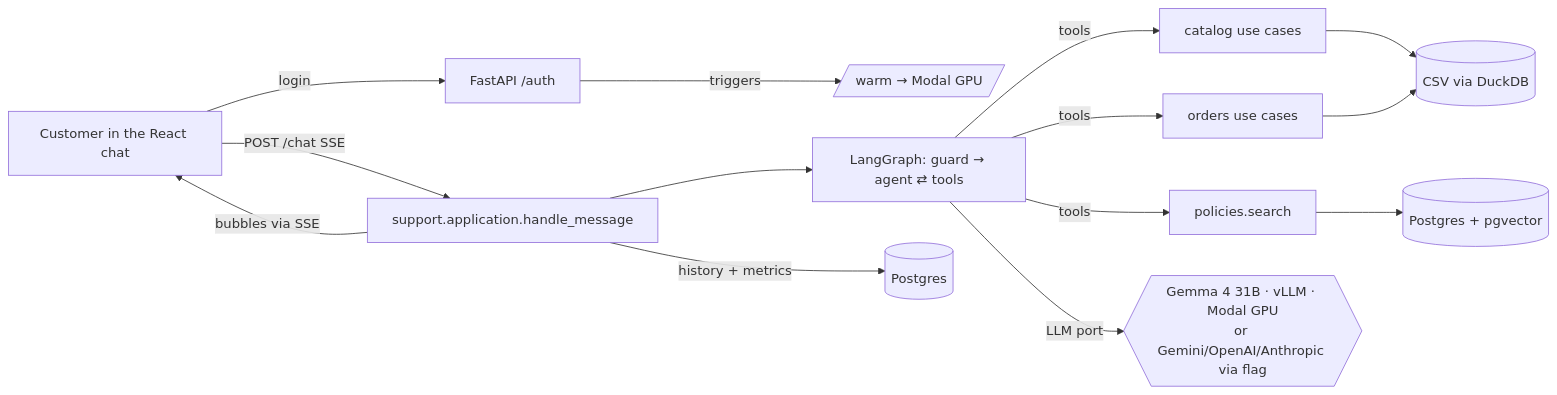
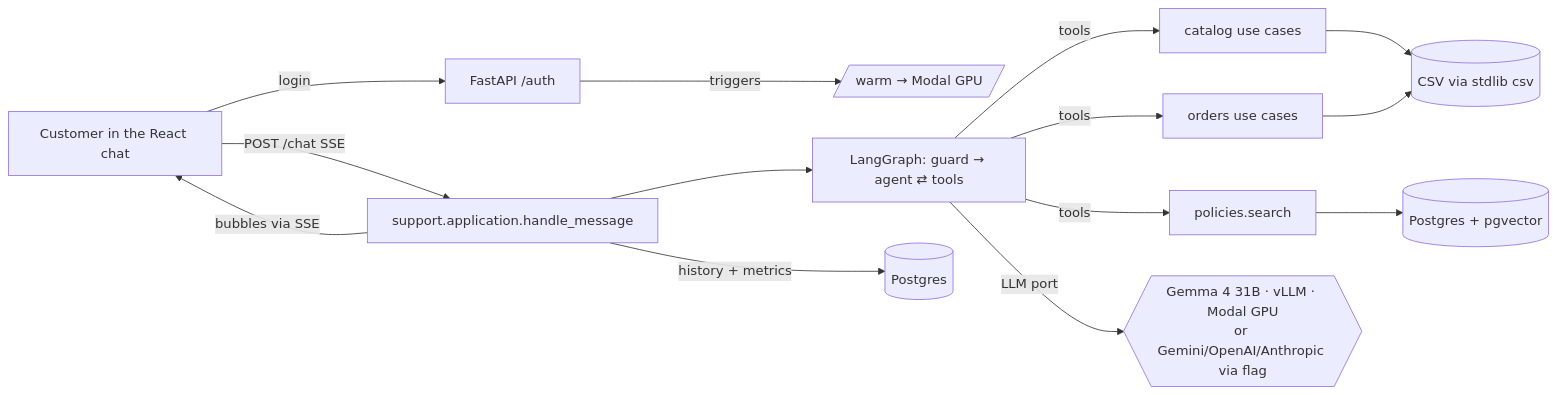
Before and after one commit to rafaeljonker/emporio-da-musica-agent: the diagram in docs/superpowers/specs/2026-11-05-emporio-agent-design.md, drawn with Mermaid. The commit also changed other lines of this file, not shown here.

````diff
--- a/docs/superpowers/specs/2026-11-05-emporio-agent-design.md
+++ b/docs/superpowers/specs/2026-11-05-emporio-agent-design.md
@@ -204,13 +211,13 @@
 ```mermaid
 flowchart LR
   U[Customer in the React chat] -->|login| A[FastAPI /auth]
   A -->|triggers| W[/warm → Modal GPU/]
   U -->|POST /chat SSE| H[support.application.handle_message]
   H --> G[LangGraph: guard → agent ⇄ tools]
-  G -->|tools| C[catalog use cases] --> R1[(CSV via DuckDB)]
+  G -->|tools| C[catalog use cases] --> R1[(CSV via stdlib csv)]
   G -->|tools| O[orders use cases] --> R1
   G -->|tools| P[policies.search] --> V[(Postgres + pgvector)]
   G -->|LLM port| L{{Gemma 4 31B · vLLM · Modal GPU<br/>or Gemini/OpenAI/Anthropic via flag}}
   H -->|history + metrics| PG[(Postgres)]
   H -->|bubbles via SSE| U
 ```
````
